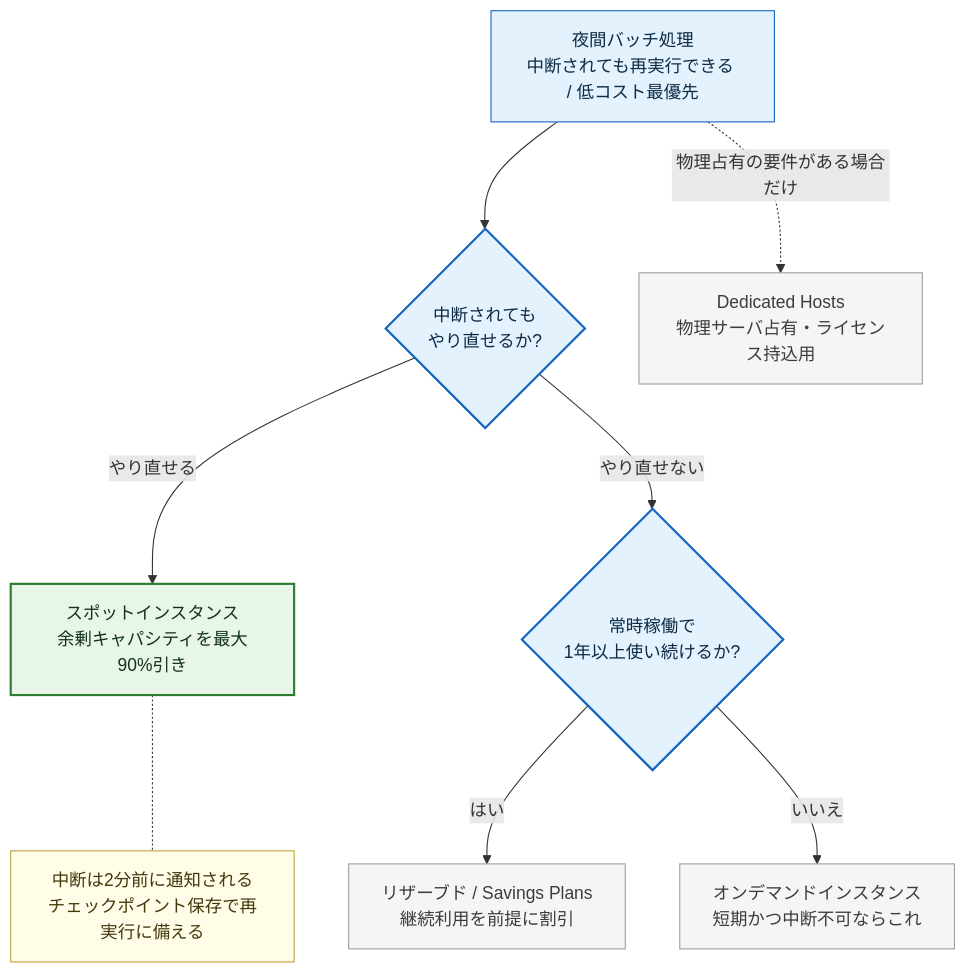
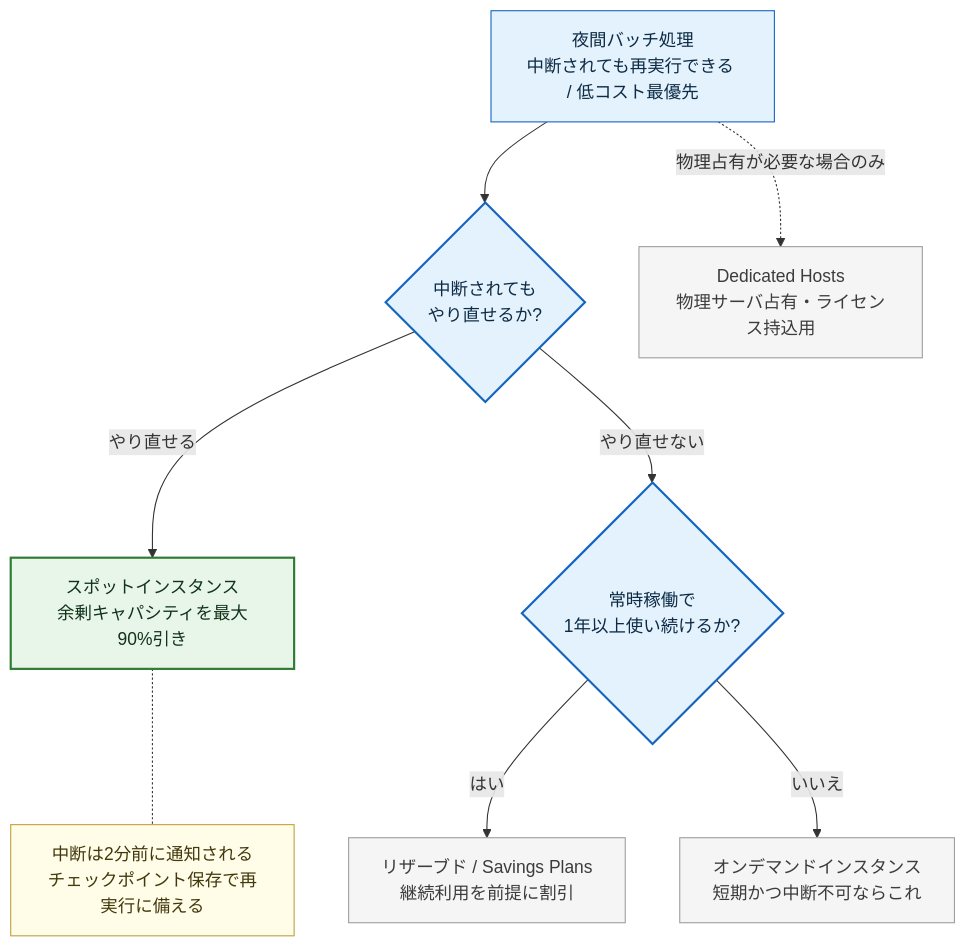
The first of 3 diagrams in docs/diagrams/README.md (AmonOhno/awsprint2), drawn with Mermaid before and after one commit. The commit also changed 11 other files, not shown here.

First line of the commit message:
図解つき問題への導線をホームに追加: 400問中3問では偶然たどり着けないため

````diff
--- a/docs/diagrams/README.md
+++ b/docs/diagrams/README.md
@@ -23,25 +23,25 @@
 ```mermaid
 flowchart TD
     START["夜間バッチ処理<br/>中断されても再実行できる / 低コスト最優先"]:::req
     Q1{"中断されても<br/>やり直せるか?"}:::judge
     SPOT["スポットインスタンス<br/>余剰キャパシティを最大90%引き"]:::best
     NOTE["中断は2分前に通知される<br/>チェックポイント保存で再実行に備える"]:::note
     Q2{"常時稼働で<br/>1年以上使い続けるか?"}:::judge
     RI["リザーブド / Savings Plans<br/>継続利用を前提に割引"]:::alt
     OD["オンデマンドインスタンス<br/>短期かつ中断不可ならこれ"]:::alt
     DH["Dedicated Hosts<br/>物理サーバ占有・ライセンス持込用"]:::alt
 
     START --> Q1
     Q1 -->|"やり直せる"| SPOT
     Q1 -->|"やり直せない"| Q2
     Q2 -->|"はい"| RI
     Q2 -->|"いいえ"| OD
-    START -.->|"物理占有の要件がある場合だけ"| DH
+    START -.->|"物理占有が必要な場合のみ"| DH
     SPOT -.- NOTE
     classDef req fill:#e3f2fd,stroke:#1565c0,stroke-width:1px,color:#0d2b45
     classDef judge fill:#e3f2fd,stroke:#1565c0,stroke-width:2px,color:#0d2b45
     classDef best fill:#e8f5e9,stroke:#2e7d32,stroke-width:2px,color:#12331a
     classDef alt fill:#f5f5f5,stroke:#9e9e9e,stroke-width:1px,color:#3c3c3c
     classDef svc fill:#ffffff,stroke:#607d8b,stroke-width:1px,color:#22303a
     classDef note fill:#fffde7,stroke:#c0a03c,stroke-width:1px,color:#43380d
 ```
````
